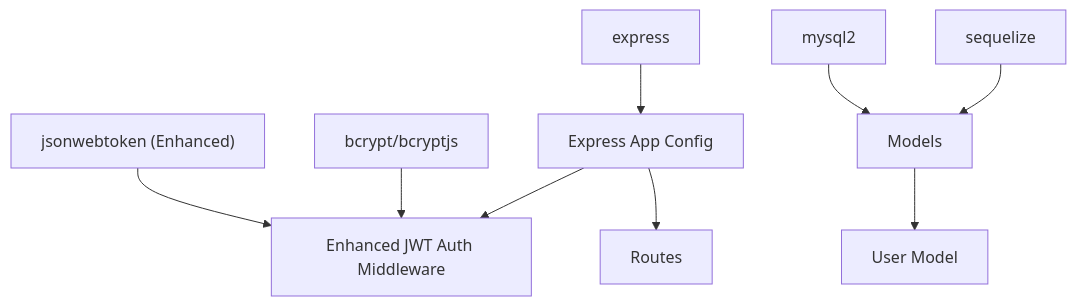
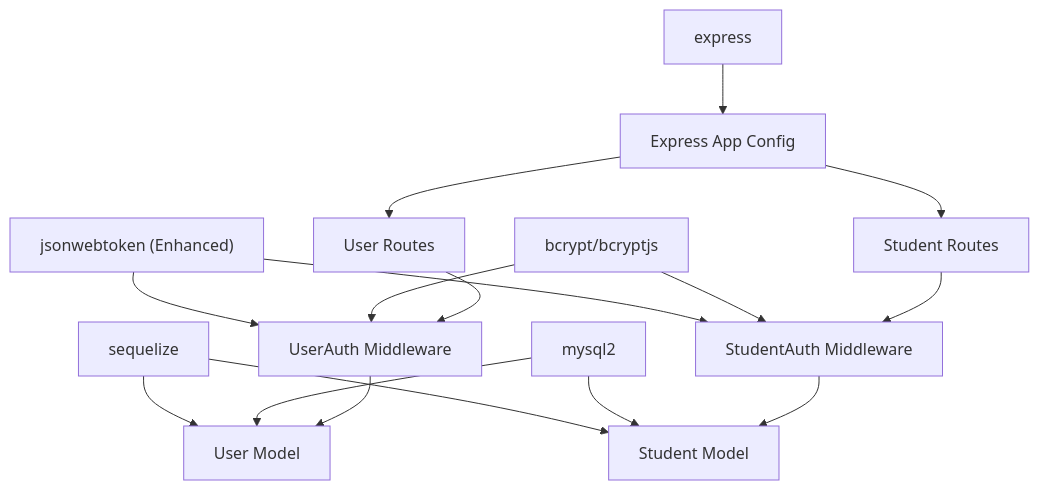
The third of 3 diagrams in .qoder/repowiki/en/content/Authentication & Authorization/Authentication Middleware & Integration.md (Mreng78/khirocom_project), drawn with Mermaid before and after one commit. The commit also changed other lines of this file and 17 other files, not shown here.

````diff
--- a/.qoder/repowiki/en/content/Authentication & Authorization/Authentication Middleware & Integration.md
+++ b/.qoder/repowiki/en/content/Authentication & Authorization/Authentication Middleware & Integration.md
@@ -224,11 +318,18 @@
 ```mermaid
 graph TB
-JWTLib["jsonwebtoken (Enhanced)"] --> AuthMW["Enhanced JWT Auth Middleware"]
-Bcrypt["bcrypt/bcryptjs"] --> AuthMW
+JWTLib["jsonwebtoken (Enhanced)"] --> UserAuth["UserAuth Middleware"]
+JWTLib --> StudentAuth["StudentAuth Middleware"]
+Bcrypt["bcrypt/bcryptjs"] --> UserAuth
+Bcrypt --> StudentAuth
 Express["express"] --> AppCfg["Express App Config"]
-Sequelize["sequelize"] --> Models["Models"]
-MySQL2["mysql2"] --> Models
-AppCfg --> Routes["Routes"]
-AppCfg --> AuthMW
-Models --> User["User Model"]
+Sequelize["sequelize"] --> UserModel["User Model"]
+Sequelize --> StudentModel["Student Model"]
+MySQL2["mysql2"] --> UserModel
+MySQL2 --> StudentModel
+AppCfg --> UserRoutes["User Routes"]
+AppCfg --> StudentRoutes["Student Routes"]
+UserRoutes --> UserAuth
+StudentRoutes --> StudentAuth
+UserAuth --> UserModel
+StudentAuth --> StudentModel
 ```
````
